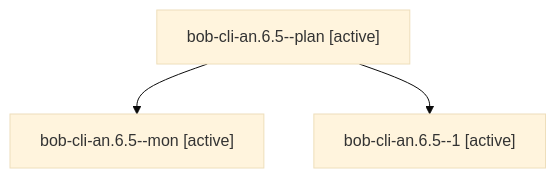
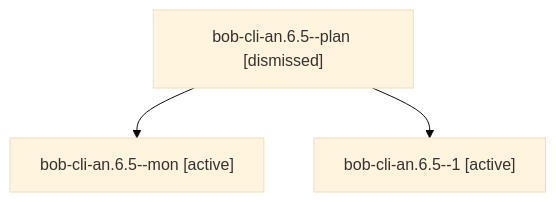
One commit to bobs-org/bob-cli--agents changed the diagram in sessions/bbugyi200.athena.bob-cli-an.6.5.md. Above: the diagram before and after it, drawn with Mermaid (base theme). The commit also changed other lines of this file and 553 other files, not shown here.

````diff
--- a/sessions/bbugyi200.athena.bob-cli-an.6.5.md
+++ b/sessions/bbugyi200.athena.bob-cli-an.6.5.md
@@ -9,8 +9,8 @@
 ```mermaid
 flowchart TD
-  n0["bob-cli-an.6.5--plan [active]"]
+  n0["bob-cli-an.6.5--plan [dismissed]"]
   n1["bob-cli-an.6.5--mon [active]"]
   n0 --> n1
   n2["bob-cli-an.6.5--1 [active]"]
   n0 --> n2
 ```
````
